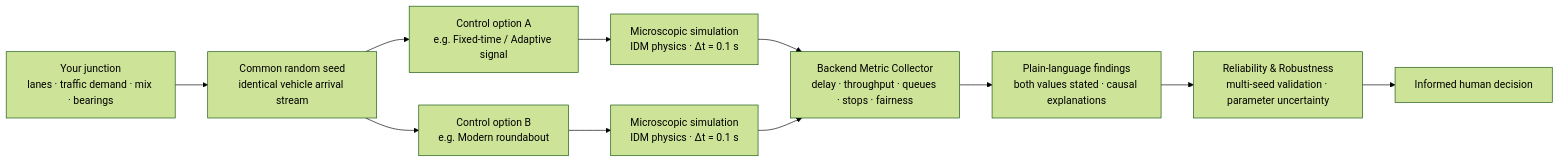
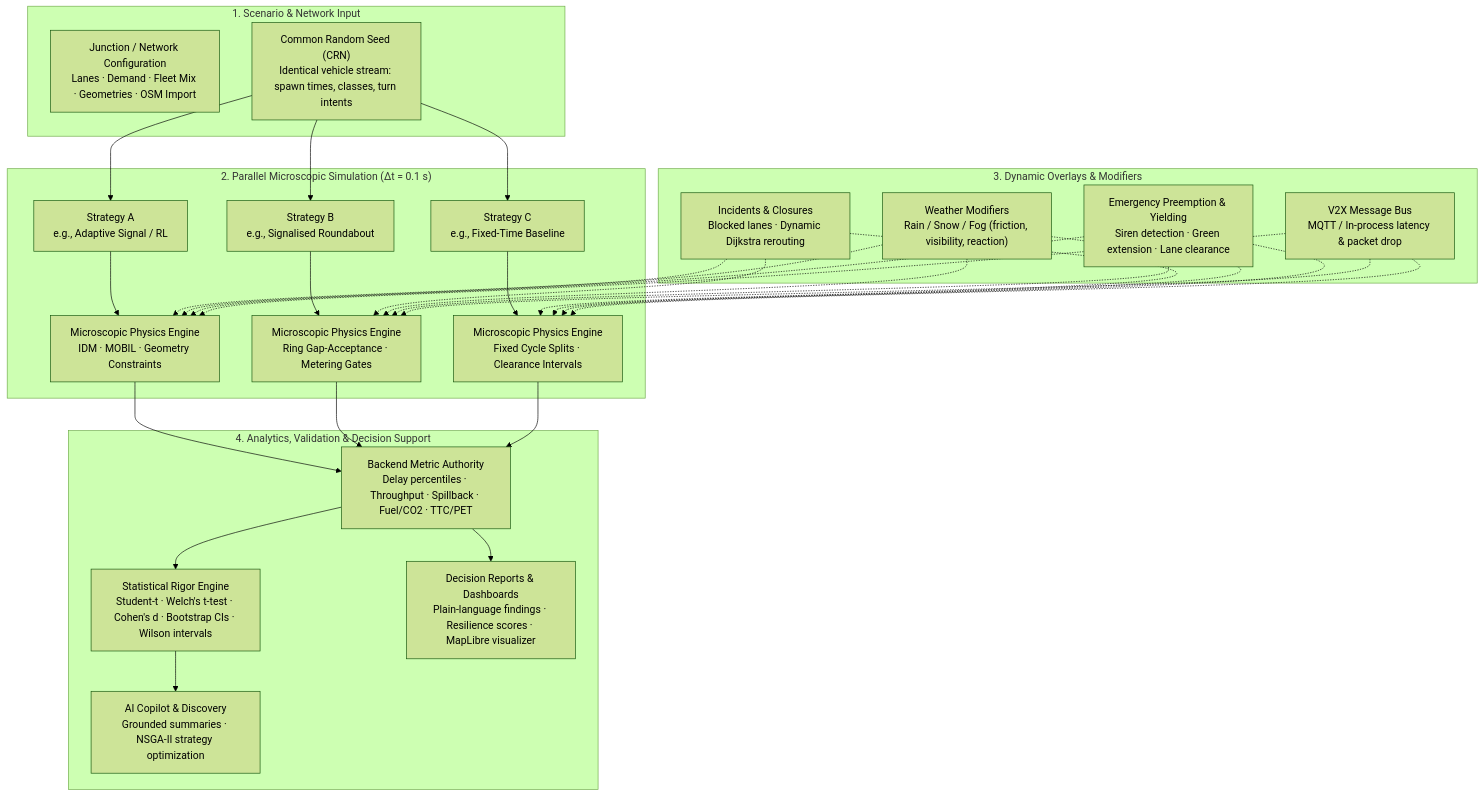
The first of 4 diagrams in README.md (Viraj281105/Traffic-Simulation), drawn with Mermaid (forest theme) before and after one commit. The commit also changed other lines of this file and 11 other files, not shown here.

````diff
--- a/README.md
+++ b/README.md
@@ -37,13 +63,31 @@
 ```mermaid
-flowchart LR
-    SCN["Your junction<br/>lanes · traffic demand · mix · bearings"] --> SEED["Common random seed<br/>identical vehicle arrival stream"]
-    SEED --> CTRL_A["Control option A<br/>e.g. Fixed-time / Adaptive signal"]
-    SEED --> CTRL_B["Control option B<br/>e.g. Modern roundabout"]
-    CTRL_A --> SIM_A["Microscopic simulation<br/>IDM physics · Δt = 0.1 s"]
-    CTRL_B --> SIM_B["Microscopic simulation<br/>IDM physics · Δt = 0.1 s"]
-    SIM_A --> METRICS["Backend Metric Collector<br/>delay · throughput · queues · stops · fairness"]
-    SIM_B --> METRICS
-    METRICS --> PLAIN["Plain-language findings<br/>both values stated · causal explanations"]
-    PLAIN --> STATS["Reliability & Robustness<br/>multi-seed validation · parameter uncertainty"]
-    STATS --> HUMAN["Informed human decision"]
+flowchart TD
+    subgraph Input["1. Scenario & Network Input"]
+        SCN["Junction / Network Configuration<br/>Lanes · Demand · Fleet Mix · Geometries · OSM Import"]
+        SEED["Common Random Seed (CRN)<br/>Identical vehicle stream: spawn times, classes, turn intents"]
+    end
+
+    subgraph Simulation["2. Parallel Microscopic Simulation (Δt = 0.1 s)"]
+        SEED --> CTRL_A["Strategy A<br/>e.g., Adaptive Signal / RL"]
+        SEED --> CTRL_B["Strategy B<br/>e.g., Signalised Roundabout"]
+        SEED --> CTRL_C["Strategy C<br/>e.g., Fixed-Time Baseline"]
+        
+        CTRL_A --> SIM_A["Microscopic Physics Engine<br/>IDM · MOBIL · Geometry Constraints"]
+        CTRL_B --> SIM_B["Microscopic Physics Engine<br/>Ring Gap-Acceptance · Metering Gates"]
+        CTRL_C --> SIM_C["Microscopic Physics Engine<br/>Fixed Cycle Splits · Clearance Intervals"]
+    end
+
+    subgraph Conditions["3. Dynamic Overlays & Modifiers"]
+        INC["Incidents & Closures<br/>Blocked lanes · Dynamic Dijkstra rerouting"] -.-> SIM_A & SIM_B & SIM_C
+        WTH["Weather Modifiers<br/>Rain / Snow / Fog (friction, visibility, reaction)"] -.-> SIM_A & SIM_B & SIM_C
+        PRIO["Emergency Preemption & Yielding<br/>Siren detection · Green extension · Lane clearance"] -.-> SIM_A & SIM_B & SIM_C
+        V2X_M["V2X Message Bus<br/>MQTT / In-process latency & packet drop"] -.-> SIM_A & SIM_B & SIM_C
+    end
+
+    subgraph Analytics["4. Analytics, Validation & Decision Support"]
+        SIM_A & SIM_B & SIM_C --> METRICS["Backend Metric Authority<br/>Delay percentiles · Throughput · Spillback · Fuel/CO2 · TTC/PET"]
+        METRICS --> STATS["Statistical Rigor Engine<br/>Student-t · Welch's t-test · Cohen's d · Bootstrap CIs · Wilson intervals"]
+        STATS --> AI["AI Copilot & Discovery<br/>Grounded summaries · NSGA-II strategy optimization"]
+        METRICS --> REPORTS["Decision Reports & Dashboards<br/>Plain-language findings · Resilience scores · MapLibre visualizer"]
+    end
 ```
````
